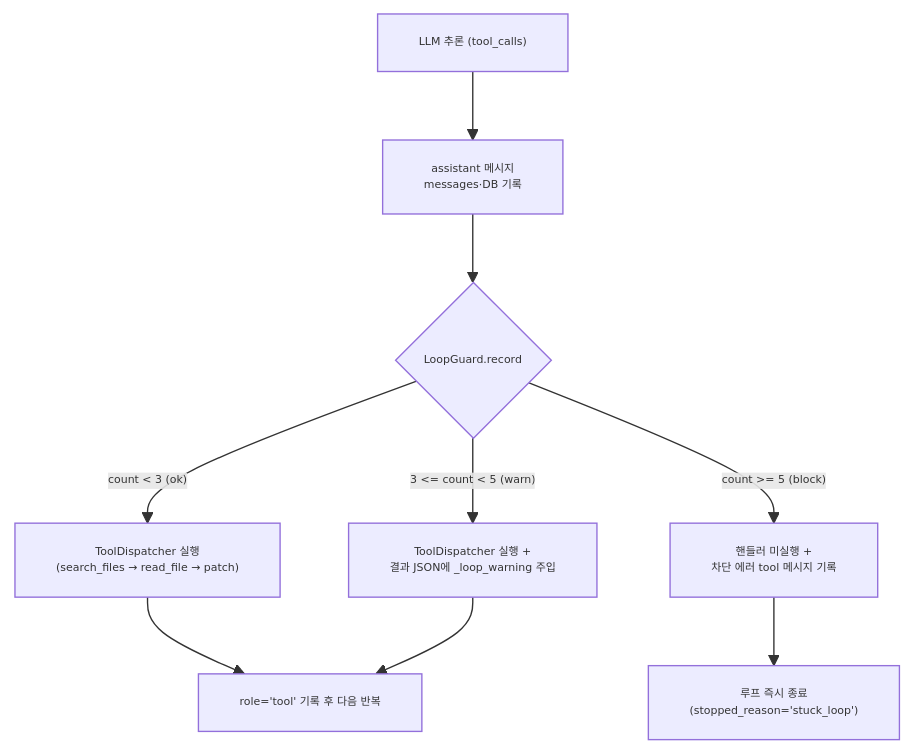
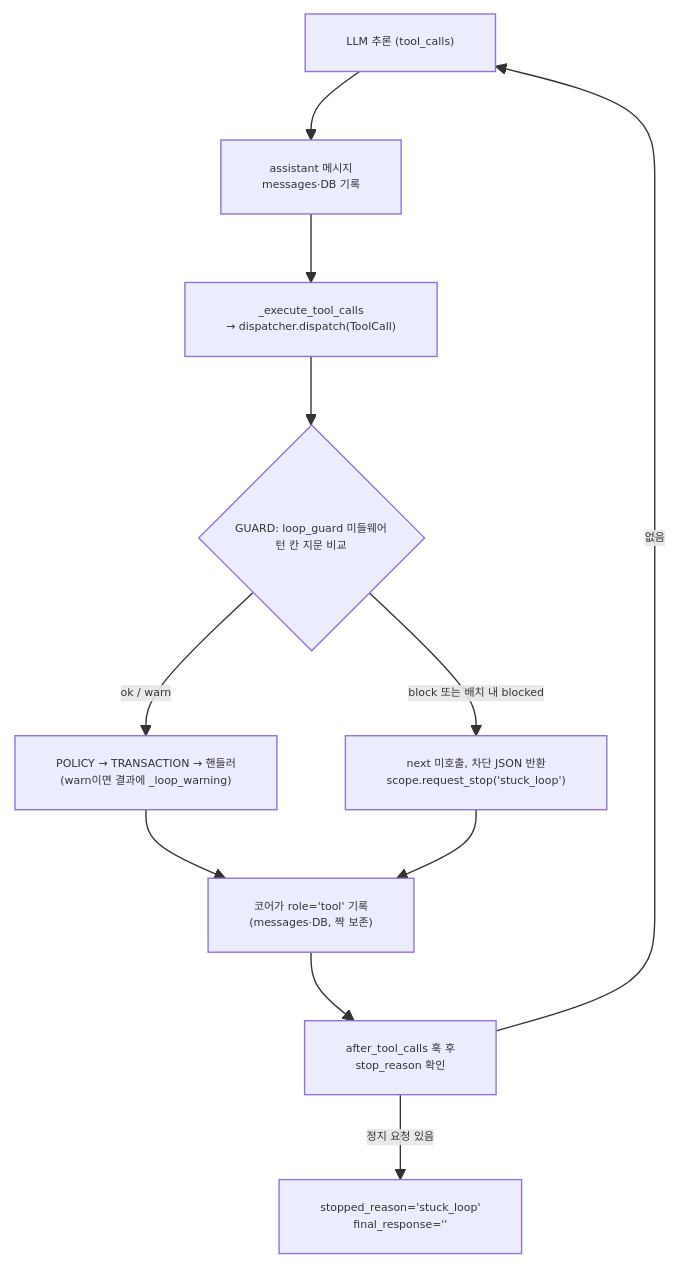
One commit to RadiantCitron/hermes-agent-study changed the second of 4 diagrams in docs/로드맵/17-루프-정체-감지-자가-교정-MVP/ROADMAP.md. Above: the diagram before and after it, drawn with Mermaid. The commit also changed other lines of this file, not shown here.

First line of the commit message:
docs(roadmap): R17-PLAN - 17 ROADMAP.md를 16 계약 기준으로 재작성 (GUARD 내장 확장 그림·파급 범위·위험 7~9·§6-2)

````diff
--- a/docs/로드맵/17-루프-정체-감지-자가-교정-MVP/ROADMAP.md
+++ b/docs/로드맵/17-루프-정체-감지-자가-교정-MVP/ROADMAP.md
@@ -62,12 +65,14 @@
 ```mermaid
 %%{init: {"themeVariables": {"fontSize": "8px"}}}%%
 flowchart TD
   LLM["LLM 추론 (tool_calls)"] --> REC["assistant 메시지<br/>messages·DB 기록"]
-  REC --> LG{"LoopGuard.record"}
-  LG -->|"count < 3 (ok)"| DISP["ToolDispatcher 실행<br/>(search_files → read_file → patch)"]
-  LG -->|"3 <= count < 5 (warn)"| WARN["ToolDispatcher 실행 +<br/>결과 JSON에 _loop_warning 주입"]
-  LG -->|"count >= 5 (block)"| BLK["핸들러 미실행 +<br/>차단 에러 tool 메시지 기록"]
-  DISP --> TMSG["role='tool' 기록 후 다음 반복"]
-  WARN --> TMSG
-  BLK --> STOP["루프 즉시 종료<br/>(stopped_reason='stuck_loop')"]
+  REC --> DSP["_execute_tool_calls<br/>→ dispatcher.dispatch(ToolCall)"]
+  DSP --> LG{"GUARD: loop_guard 미들웨어<br/>턴 칸 지문 비교"}
+  LG -->|"ok / warn"| IN["POLICY → TRANSACTION → 핸들러<br/>(warn이면 결과에 _loop_warning)"]
+  LG -->|"block 또는 배치 내 blocked"| BLK["next 미호출, 차단 JSON 반환<br/>scope.request_stop('stuck_loop')"]
+  IN --> TMSG["코어가 role='tool' 기록<br/>(messages·DB, 짝 보존)"]
+  BLK --> TMSG
+  TMSG --> HK["after_tool_calls 훅 후<br/>stop_reason 확인"]
+  HK -->|"정지 요청 있음"| STOP["stopped_reason='stuck_loop'<br/>final_response=''"]
+  HK -->|"없음"| LLM
 ```
````
